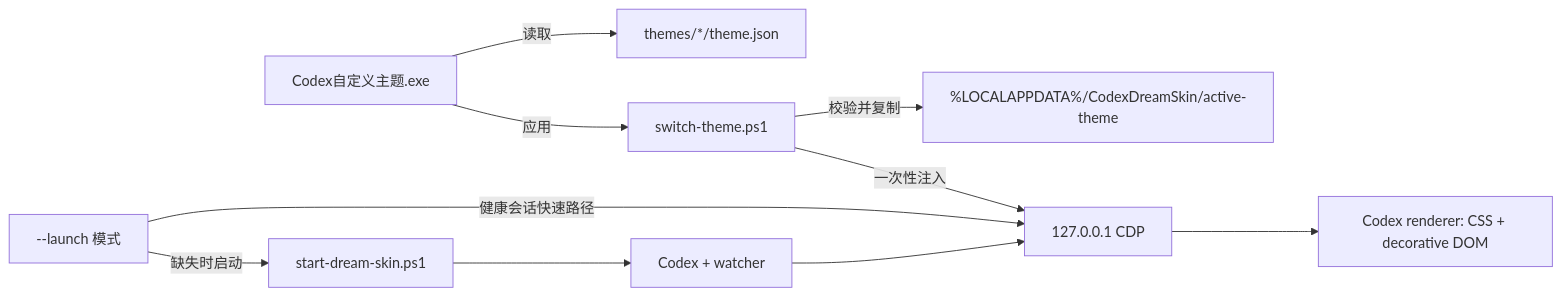
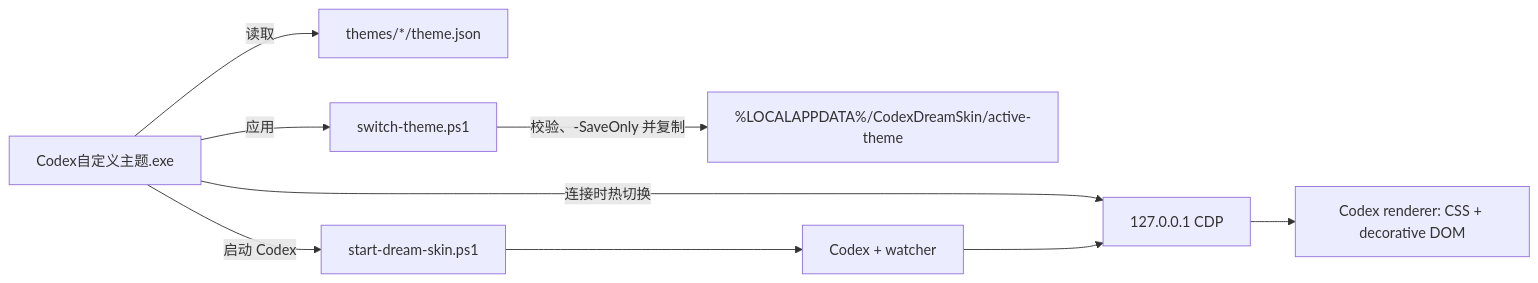
The diagram in README.md (bilbillm/Codex-Dream-Skin-Switcher), drawn with Mermaid before and after one commit. The commit also changed other lines of this file and 24 other files, not shown here.

Commit message:
gui: unify launch and theme controls

````diff
--- a/README.md
+++ b/README.md
@@ -279,12 +257,11 @@
 ```mermaid
 flowchart LR
     A["Codex自定义主题.exe"] -->|"读取"| B["themes/*/theme.json"]
     A -->|"应用"| C["switch-theme.ps1"]
-    C -->|"校验并复制"| D["%LOCALAPPDATA%/CodexDreamSkin/active-theme"]
-    C -->|"一次性注入"| E["127.0.0.1 CDP"]
-    F["--launch 模式"] -->|"健康会话快速路径"| E
-    F -->|"缺失时启动"| G["start-dream-skin.ps1"]
+    C -->|"校验、-SaveOnly 并复制"| D["%LOCALAPPDATA%/CodexDreamSkin/active-theme"]
+    A -->|"启动 Codex"| G["start-dream-skin.ps1"]
+    A -->|"连接时热切换"| E["127.0.0.1 CDP"]
     G --> H["Codex + watcher"]
     H --> E
     E --> I["Codex renderer: CSS + decorative DOM"]
 ```
````
